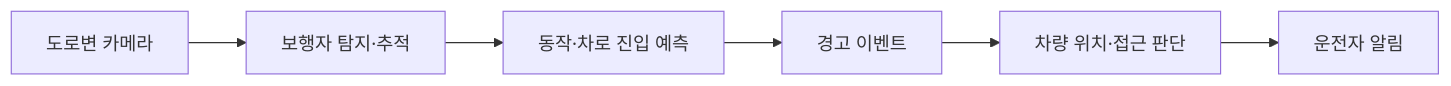
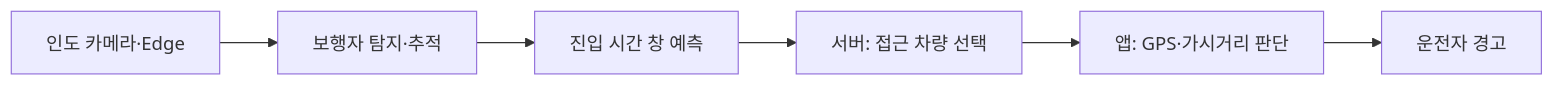
Before and after one commit to hongzzang-Lab/BlindGuard-AI: the diagram in README.md, drawn with Mermaid. The commit also changed other lines of this file, not shown here.

````diff
--- a/README.md
+++ b/README.md
@@ -43,8 +63,8 @@
 ```mermaid
 flowchart LR
-    A["도로변 카메라"] --> B["보행자 탐지·추적"]
-    B --> C["동작·차로 진입 예측"]
-    C --> D["경고 이벤트"]
-    D --> E["차량 위치·접근 판단"]
-    E --> F["운전자 알림"]
+    A["인도 카메라·Edge"] --> B["보행자 탐지·추적"]
+    B --> C["진입 시간 창 예측"]
+    C --> D["서버: 접근 차량 선택"]
+    D --> E["앱: GPS·가시거리 판단"]
+    E --> F["운전자 경고"]
 ```
````
